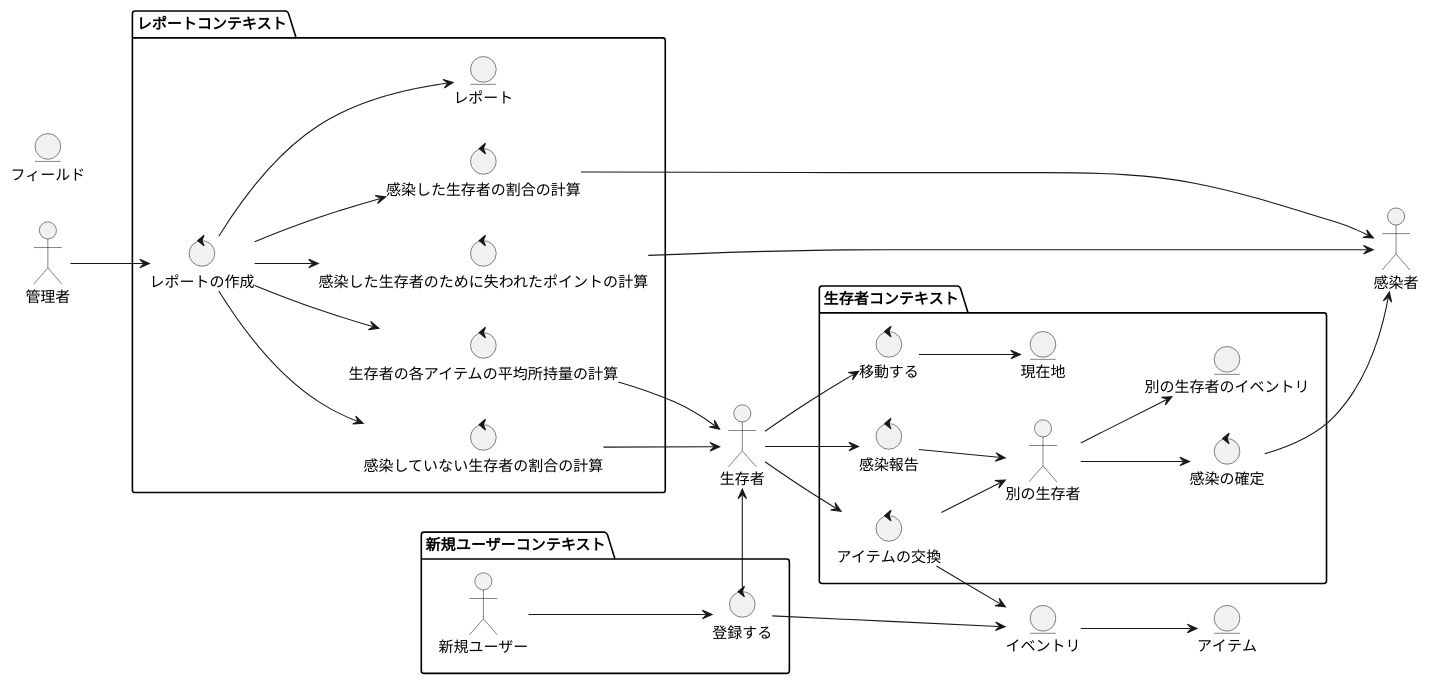
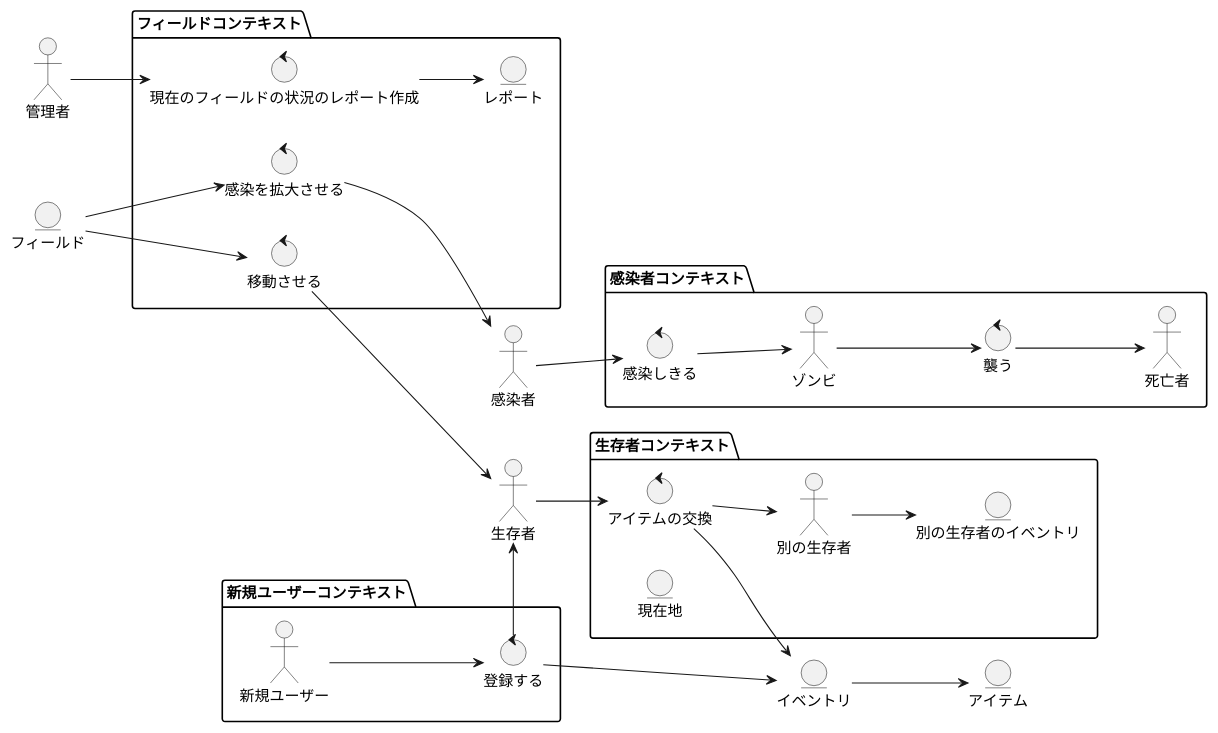
Before and after one commit to suzuki-mar/field-battles: the diagram in docs/diagram/robustness.pu, drawn with PlantUML.

Commit message:
ロバストネス図を現在の状況にあわせた

```diff
--- a/docs/diagram/robustness.pu
+++ b/docs/diagram/robustness.pu
@@ -1,69 +1,68 @@
 @startuml robustness
 
 left to right direction
 
 actor 生存者
 entity フィールド
 entity イベントリ
 entity アイテム
 actor 感染者
 actor 管理者
 
 イベントリ --> アイテム
 
 package "新規ユーザーコンテキスト"{
     control 登録する    
     actor 新規ユーザー
     
     新規ユーザー --> 登録する
     登録する --> イベントリ
     登録する -> 生存者
 }
 
 package "生存者コンテキスト"{
     control アイテムの交換
-    control 感染報告
-    control 移動する
-    control 感染の確定
     
     entity 現在地
     entity 別の生存者のイベントリ    
     actor 別の生存者
 
     生存者 --> アイテムの交換
     アイテムの交換 --> イベントリ
     アイテムの交換 --> 別の生存者
-    別の生存者 --> 別の生存者のイベントリ
-    生存者 --> 移動する
-    移動する --> 現在地
-    生存者 --> 感染報告
-    感染報告 --> 別の生存者
-    別の生存者 --> 感染の確定
-    感染の確定 --> 感染者
+    別の生存者 --> 別の生存者のイベントリ    
 }
 
-package "レポートコンテキスト"{
+package "感染者コンテキスト"{
+    control 感染しきる
+    control 襲う
+    
+    entity 現在地
+    entity 別の生存者のイベントリ    
+    
+    actor ゾンビ
+    actor 死亡者
 
-    control 感染した生存者の割合の計算
-    control 感染していない生存者の割合の計算
-    control 生存者の各アイテムの平均所持量の計算
-    control 感染した生存者のために失われたポイントの計算
-    control レポートの作成
+    感染者 --> 感染しきる
+    感染しきる --> ゾンビ
+    ゾンビ --> 襲う
+    襲う --> 死亡者
+}
 
-    entity レポート
+package "フィールドコンテキスト"{
+
+    control 現在のフィールドの状況のレポート作成
+    control 感染を拡大させる
+    control 移動させる
     
-    actor 別の生存者
+    entity レポート    
 
-    管理者 --> レポートの作成
-    レポートの作成 --> 感染した生存者の割合の計算    
-    感染した生存者の割合の計算 --> 感染者
-    レポートの作成 --> 感染していない生存者の割合の計算
-    感染していない生存者の割合の計算 --> 生存者
-    レポートの作成 --> 生存者の各アイテムの平均所持量の計算
-    生存者の各アイテムの平均所持量の計算 --> 生存者
-    レポートの作成 --> 感染した生存者のために失われたポイントの計算
-    感染した生存者のために失われたポイントの計算 --> 感染者
-    レポートの作成 --> レポート
+    管理者 --> 現在のフィールドの状況のレポート作成
+    現在のフィールドの状況のレポート作成 --> レポート
+    フィールド --> 感染を拡大させる
+    感染を拡大させる --> 感染者
+    フィールド --> 移動させる
+    移動させる --> 生存者
 }
 
 @enduml
```
